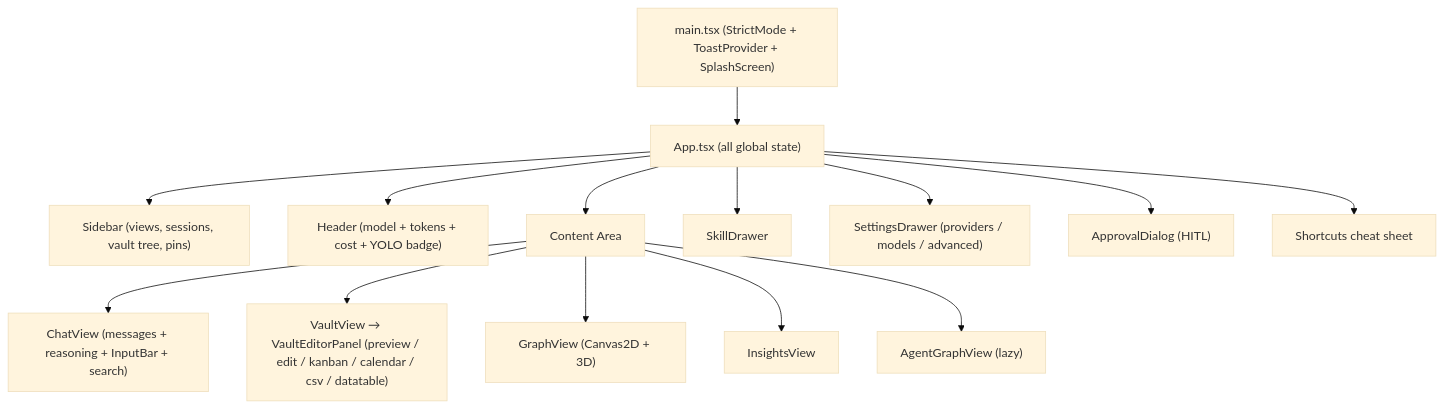
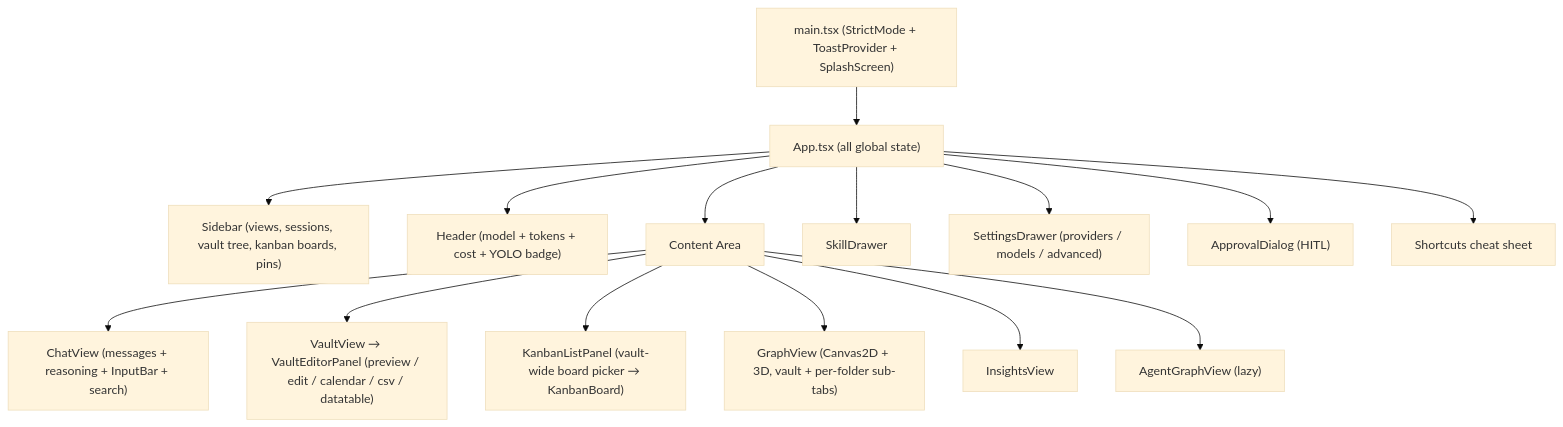
Diagram 11 of 11 in README.md (NinoCoelho/nexus), drawn with Mermaid (base theme) before and after one commit. The commit also changed other lines of this file, not shown here.

First line of the commit message:
docs(readme): document folder graphs, vault history, vault-wide kanban

````diff
--- a/README.md
+++ b/README.md
@@ -681,28 +686,29 @@
 ```mermaid
 graph TB
     MAIN["main.tsx (StrictMode + ToastProvider + SplashScreen)"]
     APP["App.tsx (all global state)"]
 
     MAIN --> APP
 
-    SIDEBAR["Sidebar (views, sessions, vault tree, pins)"]
+    SIDEBAR["Sidebar (views, sessions, vault tree, kanban boards, pins)"]
     HEADER["Header (model + tokens + cost + YOLO badge)"]
     CONTENT["Content Area"]
 
     APP --> SIDEBAR & HEADER & CONTENT
 
     CHAT["ChatView (messages + reasoning + InputBar + search)"]
-    VAULT["VaultView → VaultEditorPanel (preview / edit / kanban / calendar / csv / datatable)"]
-    GRAPH["GraphView (Canvas2D + 3D)"]
+    VAULT["VaultView → VaultEditorPanel (preview / edit / calendar / csv / datatable)"]
+    KANBAN["KanbanListPanel (vault-wide board picker → KanbanBoard)"]
+    GRAPH["GraphView (Canvas2D + 3D, vault + per-folder sub-tabs)"]
     INSIGHTS["InsightsView"]
     AGENTG["AgentGraphView (lazy)"]
 
-    CONTENT --> CHAT & VAULT & GRAPH & INSIGHTS & AGENTG
+    CONTENT --> CHAT & VAULT & KANBAN & GRAPH & INSIGHTS & AGENTG
 
     SKILLD["SkillDrawer"]
     SETTD["SettingsDrawer (providers / models / advanced)"]
     APPROVE["ApprovalDialog (HITL)"]
     SHORT["Shortcuts cheat sheet"]
 
     APP --> SKILLD & SETTD & APPROVE & SHORT
 ```
````
